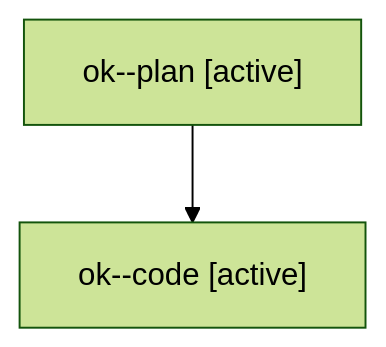
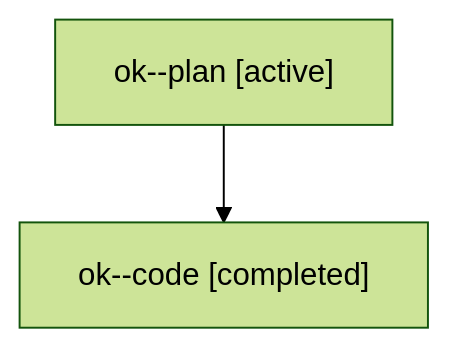
The diagram in families/bbugyi200.athena.ok.md (sase-org/sase--agents), drawn with Mermaid (forest theme) before and after one commit. The commit also changed other lines of this file and 5813 other files, not shown here.

````diff
--- a/families/bbugyi200.athena.ok.md
+++ b/families/bbugyi200.athena.ok.md
@@ -9,6 +9,6 @@
 ```mermaid
 flowchart TD
   n0["ok--plan [active]"]
-  n1["ok--code [active]"]
+  n1["ok--code [completed]"]
   n0 --> n1
 ```
````
